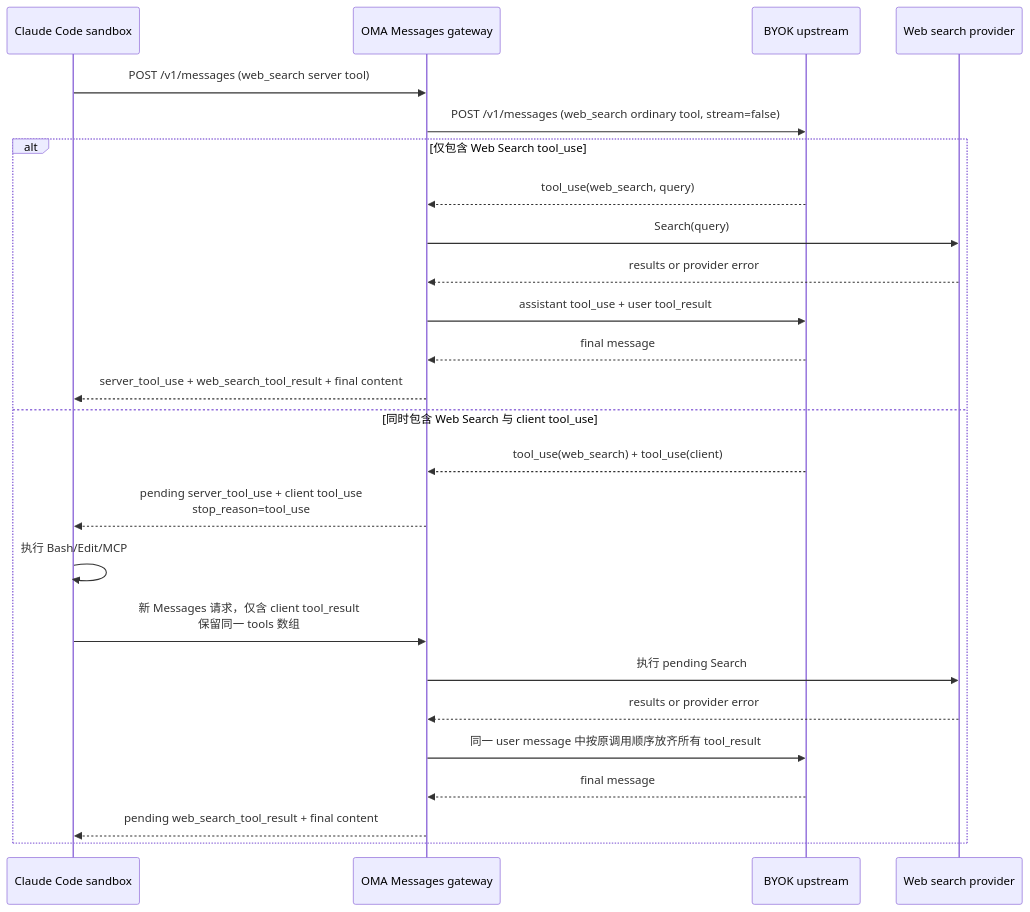
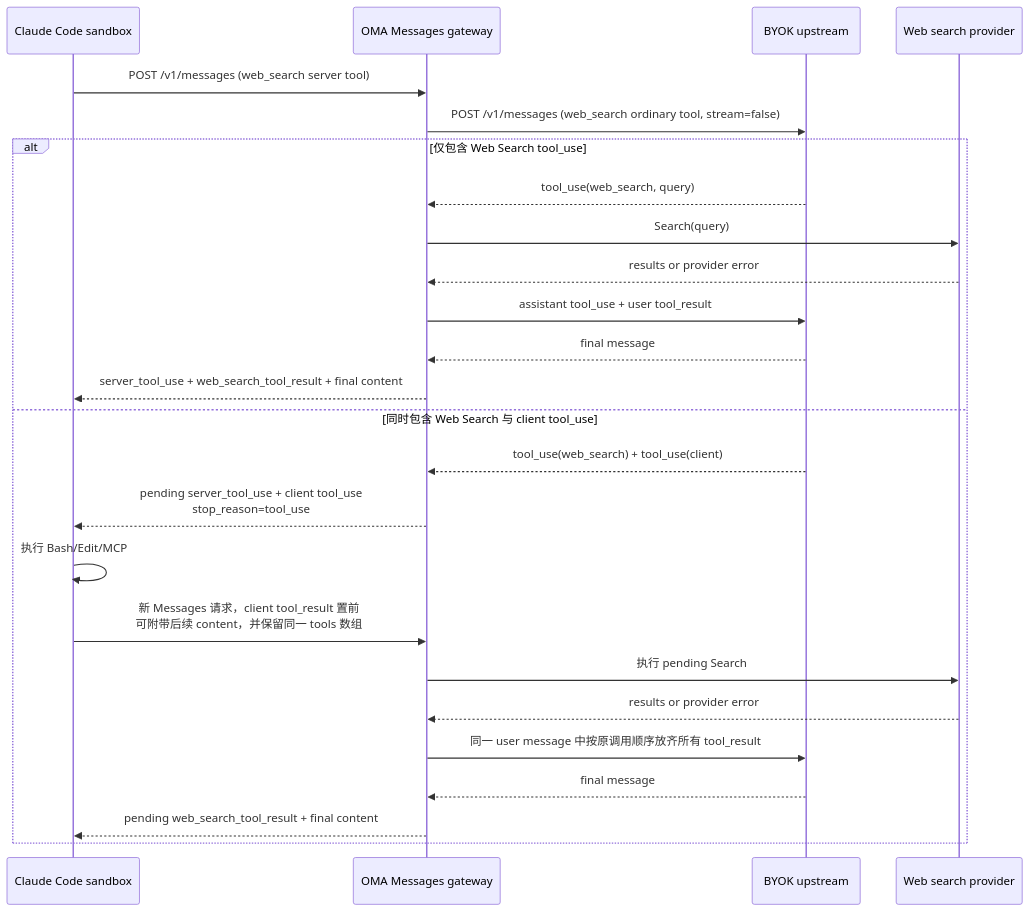
One commit to Postroggy/open-managed-agents changed the first of 2 diagrams in docs/design/be/messages-proxy.md. Above: the diagram before and after it, drawn with Mermaid. The commit also changed other lines of this file, not shown here.

Commit message:
docs(messages): clarify mixed result ordering

````diff
--- a/docs/design/be/messages-proxy.md
+++ b/docs/design/be/messages-proxy.md
@@ -30,28 +30,28 @@
 ```mermaid
 sequenceDiagram
     participant CC as Claude Code sandbox
     participant OMA as OMA Messages gateway
     participant BYOK as BYOK upstream
     participant Search as Web search provider
 
     CC->>OMA: POST /v1/messages (web_search server tool)
     OMA->>BYOK: POST /v1/messages (web_search ordinary tool, stream=false)
     alt 仅包含 Web Search tool_use
         BYOK-->>OMA: tool_use(web_search, query)
         OMA->>Search: Search(query)
         Search-->>OMA: results or provider error
         OMA->>BYOK: assistant tool_use + user tool_result
         BYOK-->>OMA: final message
         OMA-->>CC: server_tool_use + web_search_tool_result + final content
     else 同时包含 Web Search 与 client tool_use
         BYOK-->>OMA: tool_use(web_search) + tool_use(client)
         OMA-->>CC: pending server_tool_use + client tool_use<br/>stop_reason=tool_use
         CC->>CC: 执行 Bash/Edit/MCP
-        CC->>OMA: 新 Messages 请求，仅含 client tool_result<br/>保留同一 tools 数组
+        CC->>OMA: 新 Messages 请求，client tool_result 置前<br/>可附带后续 content，并保留同一 tools 数组
         OMA->>Search: 执行 pending Search
         Search-->>OMA: results or provider error
         OMA->>BYOK: 同一 user message 中按原调用顺序放齐所有 tool_result
         BYOK-->>OMA: final message
         OMA-->>CC: pending web_search_tool_result + final content
     end
 ```
````
